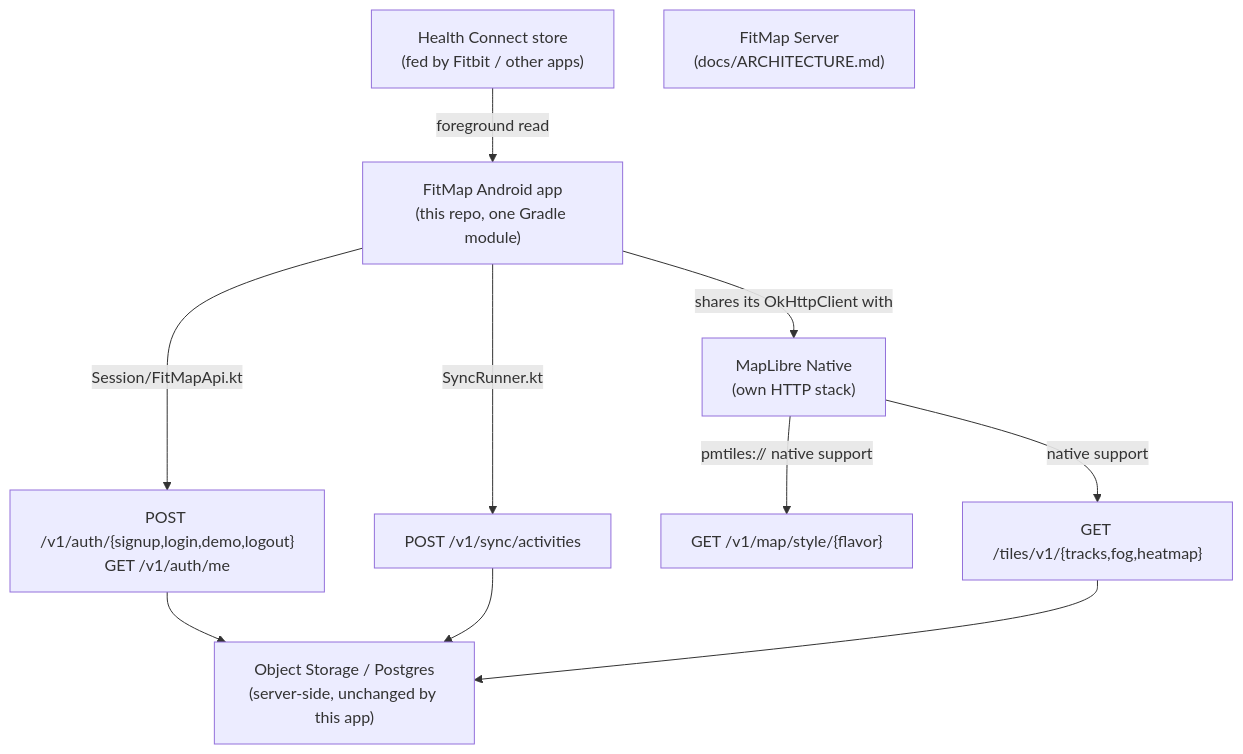
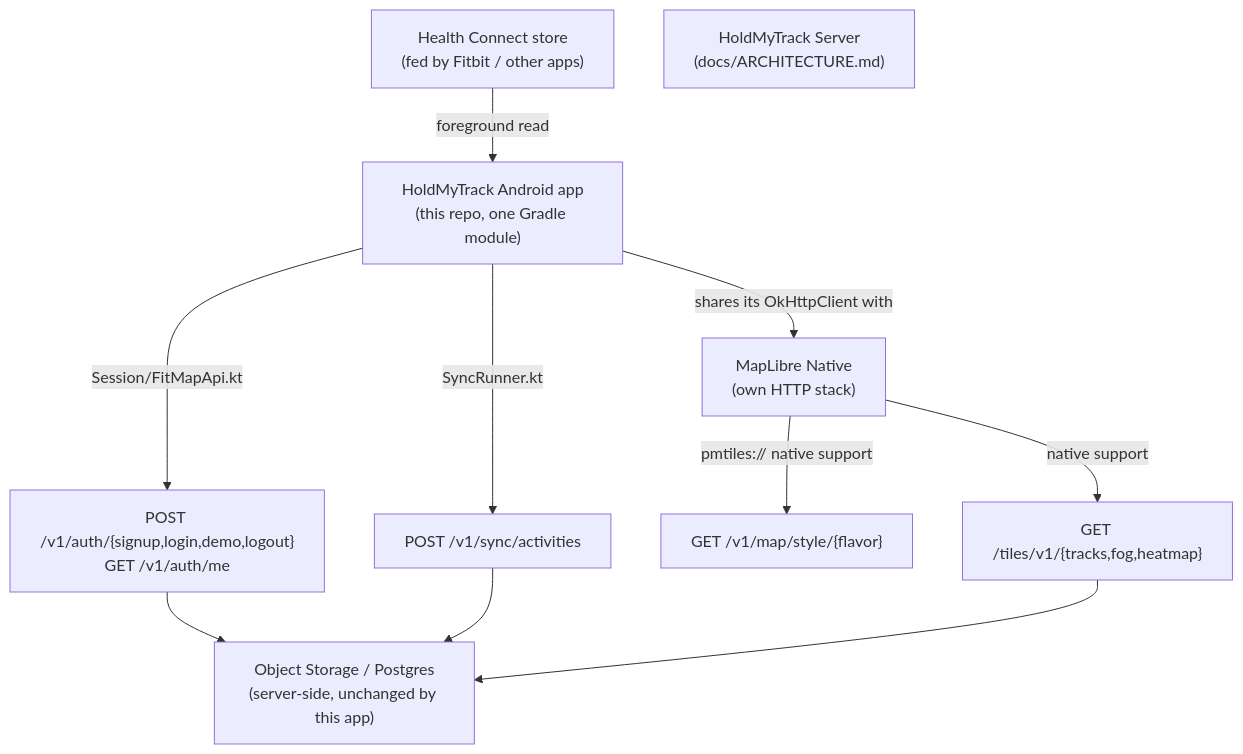
One commit to HoldMyTrack/holdmytrack changed the diagram in apps/android/docs/ARCHITECTURE.md. Above: the diagram before and after it, drawn with Mermaid. The commit also changed other lines of this file and 49 other files, not shown here.

First line of the commit message:
Rebrand FitMap to HoldMyTrack

````diff
--- a/apps/android/docs/ARCHITECTURE.md
+++ b/apps/android/docs/ARCHITECTURE.md
@@ -34,22 +34,22 @@
 ```mermaid
 graph TD
     HC["Health Connect store\n(fed by Fitbit / other apps)"]
-    App["FitMap Android app\n(this repo, one Gradle module)"]
+    App["HoldMyTrack Android app\n(this repo, one Gradle module)"]
     MLN["MapLibre Native\n(own HTTP stack)"]
-    Api["FitMap Server\n(docs/ARCHITECTURE.md)"]
+    Api["HoldMyTrack Server\n(docs/ARCHITECTURE.md)"]
     Style["GET /v1/map/style/{flavor}"]
     Tiles["GET /tiles/v1/{tracks,fog,heatmap}"]
     Sync["POST /v1/sync/activities"]
     Auth["POST /v1/auth/{signup,login,demo,logout}\nGET /v1/auth/me"]
     Store["Object Storage / Postgres\n(server-side, unchanged by this app)"]
 
     HC -->|foreground read| App
     App -->|Session/FitMapApi.kt| Auth
     App -->|SyncRunner.kt| Sync
     App -->|shares its OkHttpClient with| MLN
     MLN -->|pmtiles:// native support| Style
     MLN -->|native support| Tiles
     Auth --> Store
     Sync --> Store
     Tiles --> Store
 ```
````
